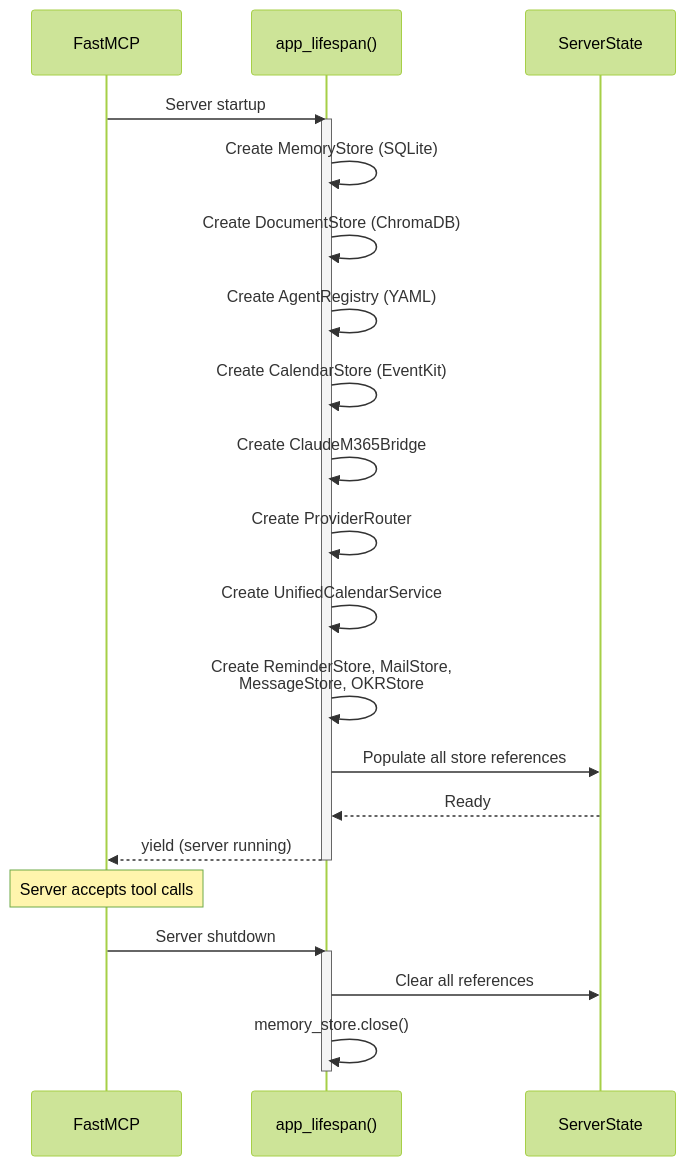
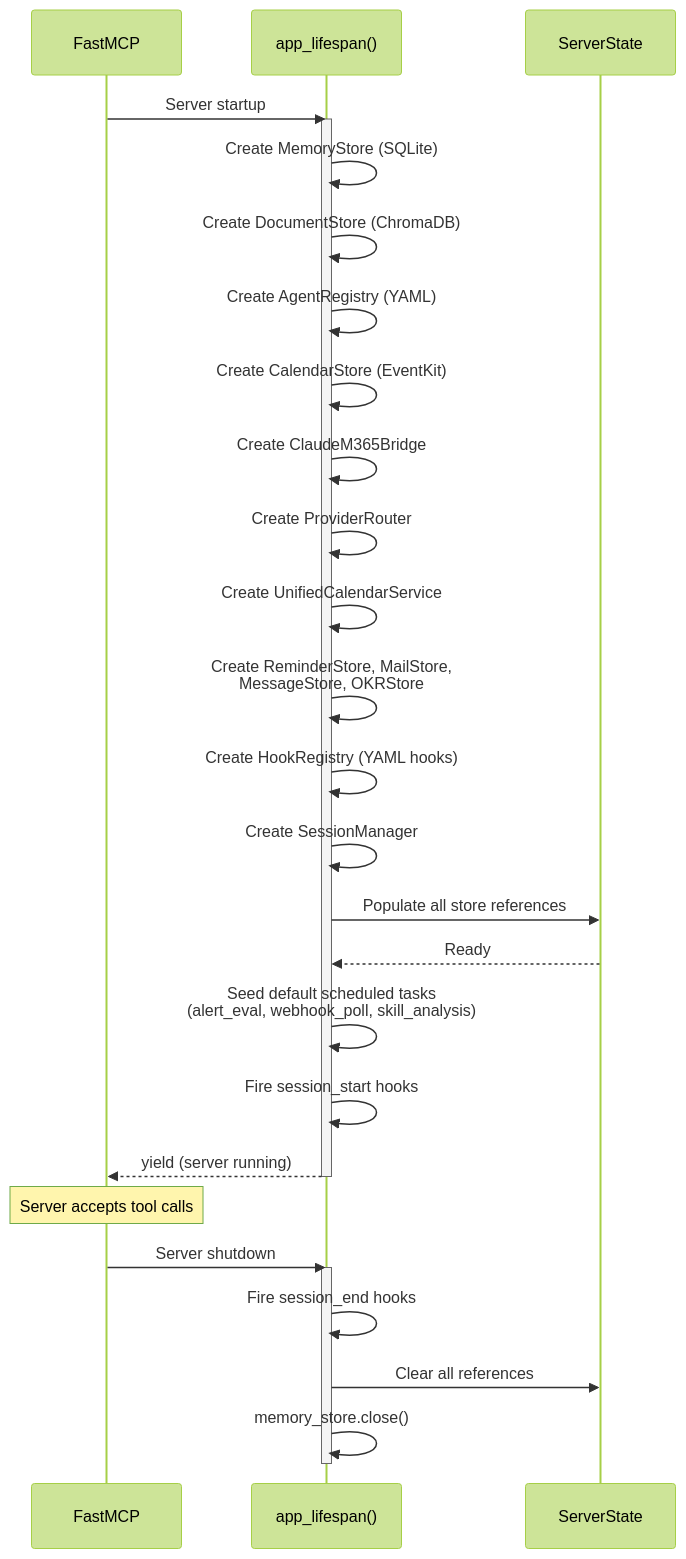
One commit to jrichyrich/chief-of-staff changed the third of 6 diagrams in docs/architecture.md. Above: the diagram before and after it, drawn with Mermaid (forest theme). The commit also changed other lines of this file and 12 other files, not shown here.

````diff
--- a/docs/architecture.md
+++ b/docs/architecture.md
@@ -196,32 +242,38 @@
 ```mermaid
 sequenceDiagram
     participant FastMCP as FastMCP
     participant Lifespan as app_lifespan()
     participant State as ServerState
 
     FastMCP->>Lifespan: Server startup
     activate Lifespan
 
     Lifespan->>Lifespan: Create MemoryStore (SQLite)
     Lifespan->>Lifespan: Create DocumentStore (ChromaDB)
     Lifespan->>Lifespan: Create AgentRegistry (YAML)
     Lifespan->>Lifespan: Create CalendarStore (EventKit)
     Lifespan->>Lifespan: Create ClaudeM365Bridge
     Lifespan->>Lifespan: Create ProviderRouter
     Lifespan->>Lifespan: Create UnifiedCalendarService
     Lifespan->>Lifespan: Create ReminderStore, MailStore,<br/>MessageStore, OKRStore
+    Lifespan->>Lifespan: Create HookRegistry (YAML hooks)
+    Lifespan->>Lifespan: Create SessionManager
 
     Lifespan->>State: Populate all store references
     State-->>Lifespan: Ready
+
+    Lifespan->>Lifespan: Seed default scheduled tasks<br/>(alert_eval, webhook_poll, skill_analysis)
+    Lifespan->>Lifespan: Fire session_start hooks
 
     Lifespan-->>FastMCP: yield (server running)
     deactivate Lifespan
 
     Note over FastMCP: Server accepts tool calls
 
     FastMCP->>Lifespan: Server shutdown
     activate Lifespan
+    Lifespan->>Lifespan: Fire session_end hooks
     Lifespan->>State: Clear all references
     Lifespan->>Lifespan: memory_store.close()
     deactivate Lifespan
 ```
````
